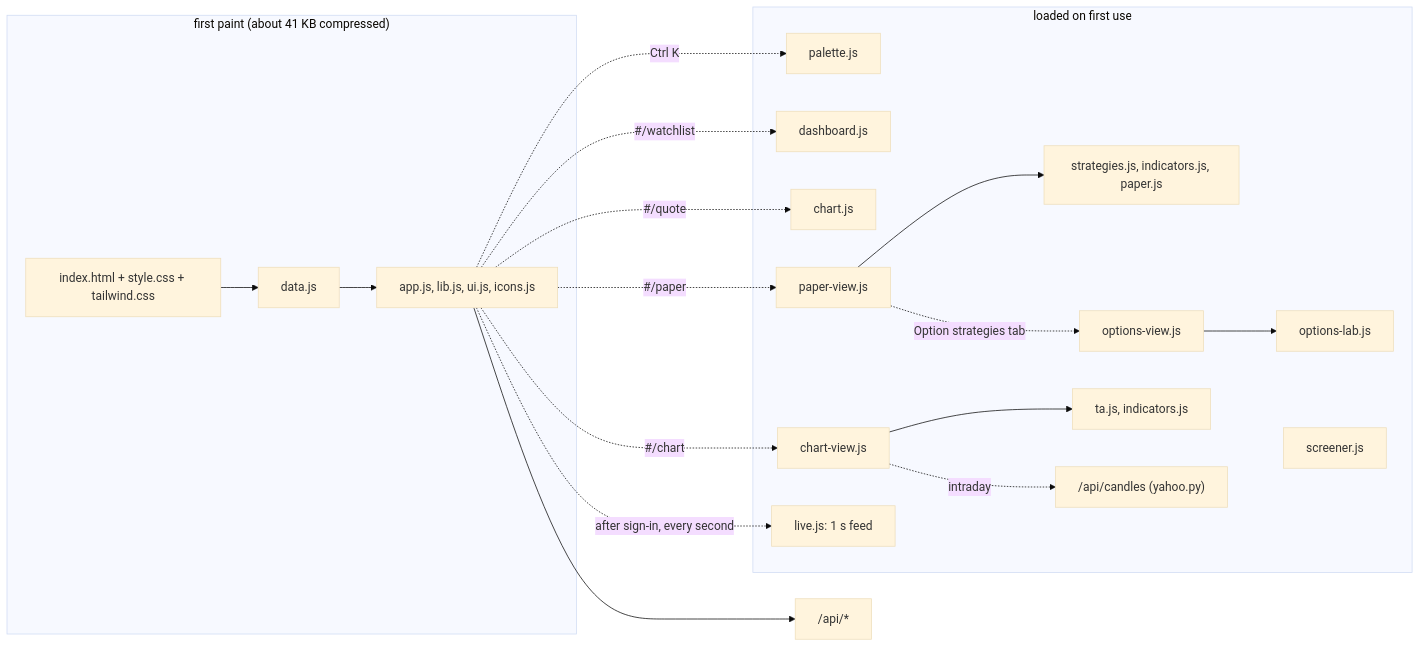
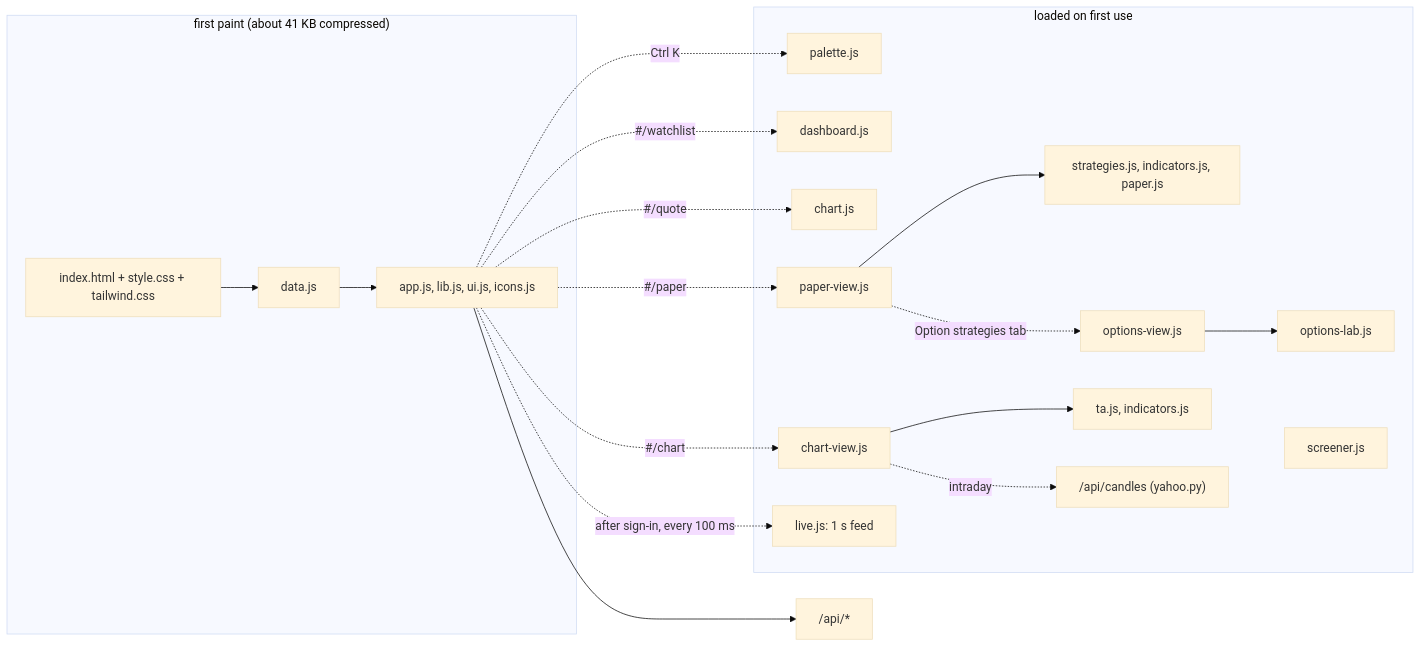
Before and after one commit to akash-8991/rea_marketwatch_app: the third of 3 diagrams in docs/ARCHITECTURE.md, drawn with Mermaid (base theme). The commit also changed other lines of this file and 34 other files, not shown here.

````diff
--- a/docs/ARCHITECTURE.md
+++ b/docs/ARCHITECTURE.md
@@ -93,16 +93,16 @@
 ```mermaid
 flowchart LR
   subgraph Eager["first paint (about 41 KB compressed)"]
     A[index.html + style.css + tailwind.css] --> B[data.js] --> C[app.js, lib.js, ui.js, icons.js]
   end
   subgraph Lazy["loaded on first use"]
     P[palette.js] ; D[dashboard.js] ; H[chart.js] ; Pp[paper-view.js] --> S[strategies.js, indicators.js, paper.js] ; Pp -. "Option strategies tab" .-> Ov[options-view.js] --> Ol[options-lab.js] ; Cv[chart-view.js] --> Ta[ta.js, indicators.js] ; Cv -. "intraday" .-> Yh["/api/candles (yahoo.py)"] ; Lv[live.js: 1 s feed] ; Sc[screener.js]
   end
   C -. "Ctrl K" .-> P
   C -. "#/watchlist" .-> D
   C -. "#/quote" .-> H
   C -. "#/paper" .-> Pp
   C -. "#/chart" .-> Cv
-  C -. "after sign-in, every second" .-> Lv
+  C -. "after sign-in, every 100 ms" .-> Lv
   C --> API["/api/*"]
 ```
````
